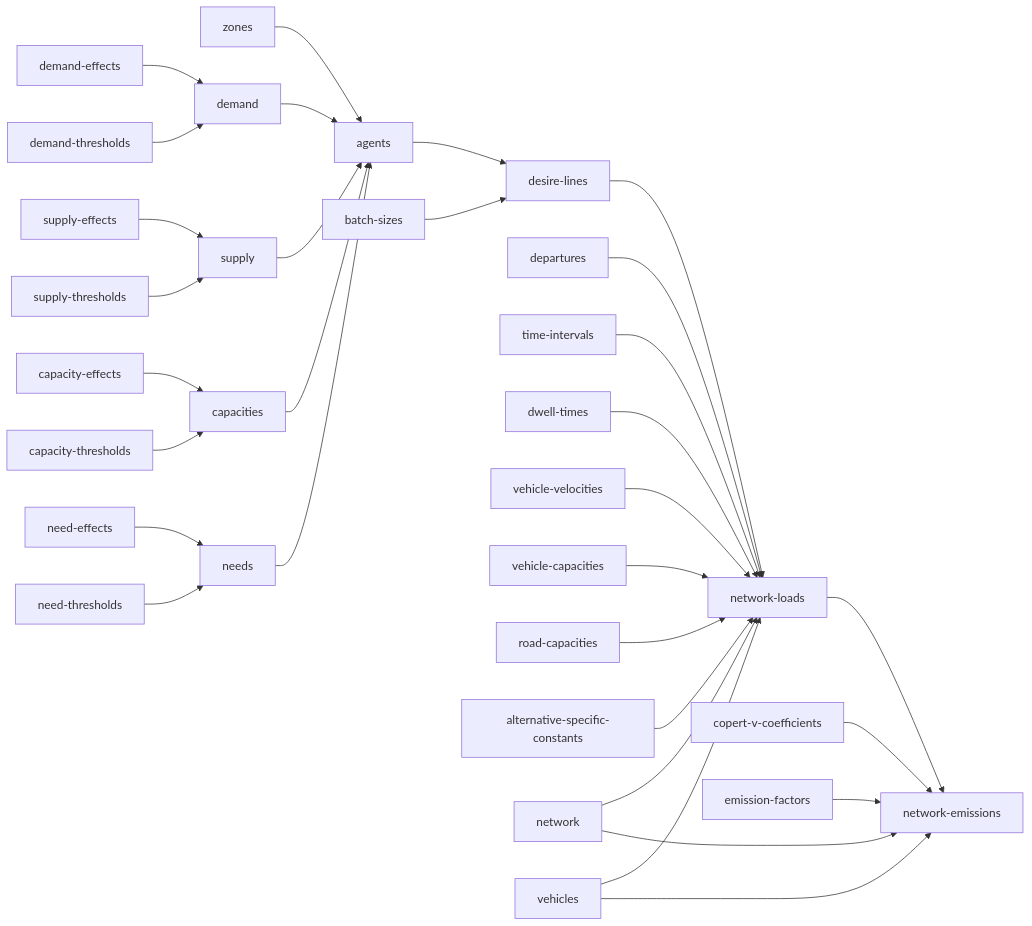
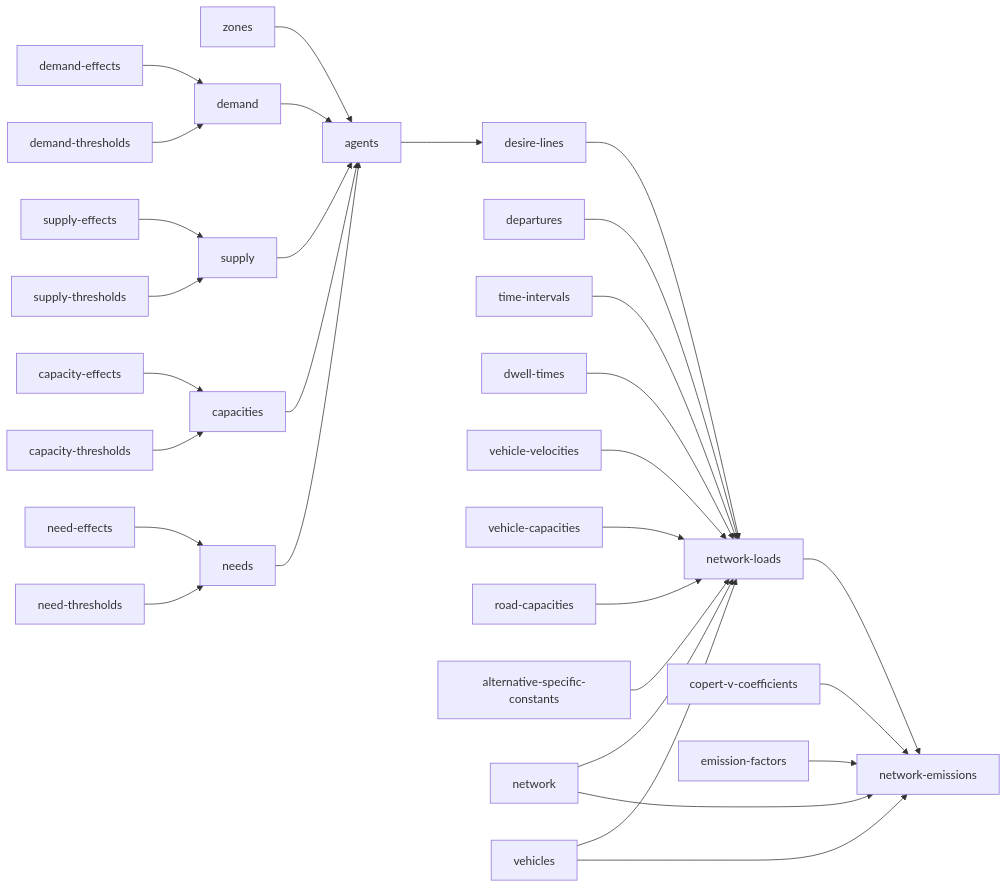
Before and after one commit to hcubasd/urban-dollop: the diagram in README.md, drawn with Mermaid. The commit also changed other lines of this file and 8 other files, not shown here.

````diff
--- a/README.md
+++ b/README.md
@@ -3,33 +3,32 @@
 ```mermaid
 flowchart LR
     zones[zones] --> agents
     demand_effects[demand-effects] --> demand[demand]
     demand_thresholds[demand-thresholds] --> demand
     supply_effects[supply-effects] --> supply[supply]
     supply_thresholds[supply-thresholds] --> supply
     capacity_effects[capacity-effects] --> capacities[capacities]
     capacity_thresholds[capacity-thresholds] --> capacities
     need_effects[need-effects] --> needs[needs]
     need_thresholds[need-thresholds] --> needs
     demand --> agents[agents]
     supply --> agents
     capacities --> agents
     needs --> agents
     agents --> desire_lines[desire-lines]
-    batch_sizes[batch-sizes] --> desire_lines
     desire_lines --> network_loads
     departures[departures] --> network_loads
     time_intervals[time-intervals] --> network_loads
     dwell_times[dwell-times] --> network_loads
     vehicle_velocities[vehicle-velocities] --> network_loads
     vehicle_capacities[vehicle-capacities] --> network_loads
     road_capacities[road-capacities] --> network_loads
     alternative_specific_constants[alternative-specific-constants] --> network_loads
     network[network] --> network_loads[network-loads]
     vehicles[vehicles] --> network_loads
     network --> network_emissions
     vehicles --> network_emissions
     network_loads[network-loads] --> network_emissions[network-emissions]
     copert_v_coefficients[copert-v-coefficients] --> network_emissions
     emission_factors[emission-factors] --> network_emissions
 ```
````
